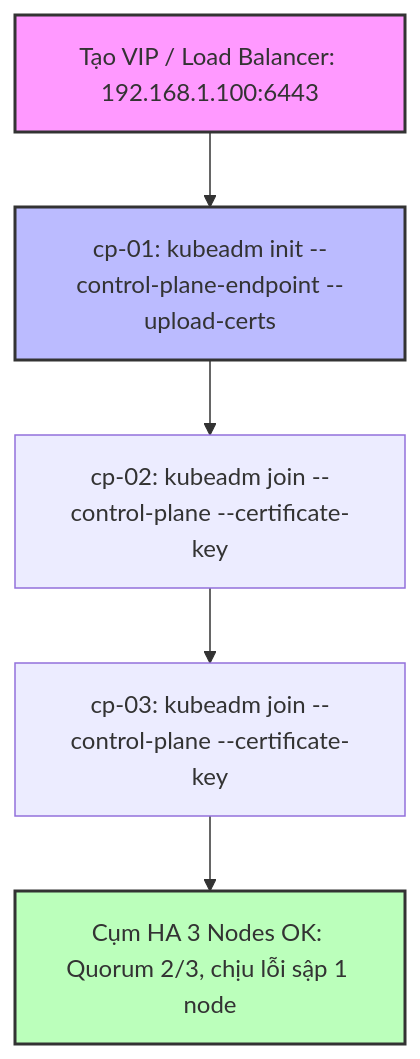
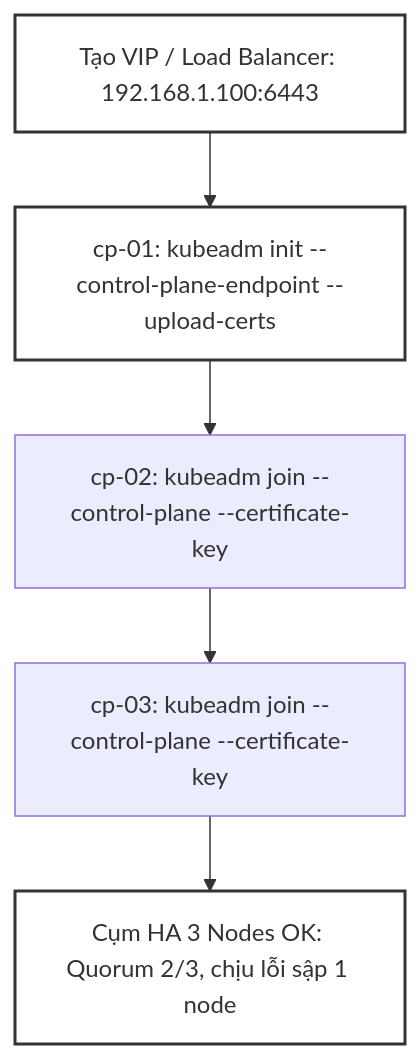
One commit to kiennt308/ntk changed the second of 3 diagrams in _posts/2026-09-12-cka-12-12-ha-control-plane.md. Above: the diagram before and after it, drawn with Mermaid. The commit also changed other lines of this file and 207 other files, not shown here.

Commit message:
feat(posts): batch standardize all 208 posts with TL;DR, qa-card accordion, fill:none mermaid, and liquid raw wrappers

````diff
--- a/_posts/2026-09-12-cka-12-12-ha-control-plane.md
+++ b/_posts/2026-09-12-cka-12-12-ha-control-plane.md
@@ -368,11 +372,11 @@
 ```mermaid
 graph TD
     A["Tạo VIP / Load Balancer: 192.168.1.100:6443"] --> B["cp-01: kubeadm init --control-plane-endpoint --upload-certs"]
     B --> C["cp-02: kubeadm join --control-plane --certificate-key"]
     C --> D["cp-03: kubeadm join --control-plane --certificate-key"]
     D --> E["Cụm HA 3 Nodes OK: Quorum 2/3, chịu lỗi sập 1 node"]
 
-    style A fill:#f9f,stroke:#333,stroke-width:2px
-    style B fill:#bbf,stroke:#333,stroke-width:2px
-    style E fill:#bfb,stroke:#333,stroke-width:2px
+    style A fill:none,stroke:#333,stroke-width:2px
+    style B fill:none,stroke:#333,stroke-width:2px
+    style E fill:none,stroke:#333,stroke-width:2px
 ```
````
